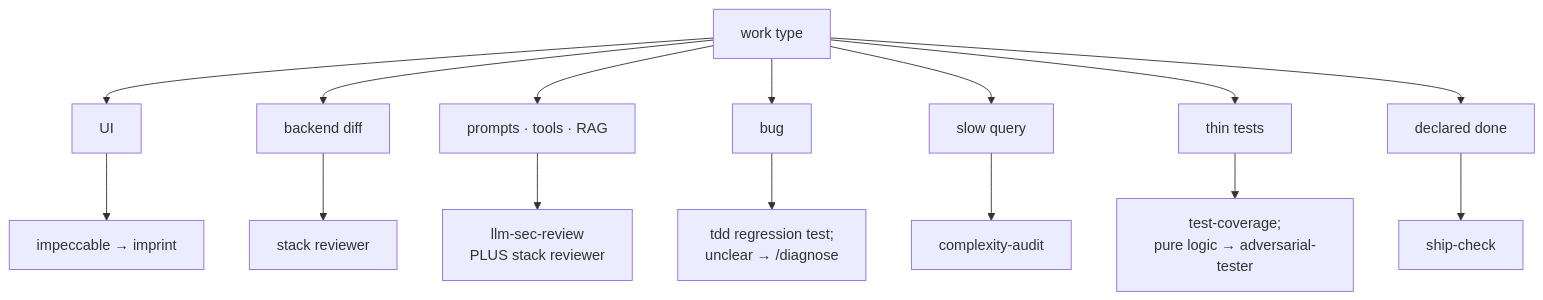
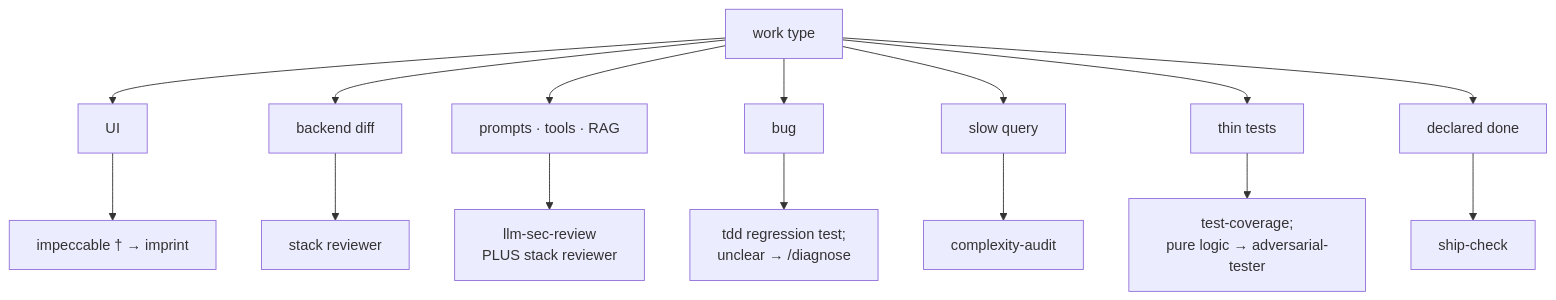
Before and after one commit to ozanozcan/ai-wow: the fourth of 11 diagrams in HOW-TO-USE.agent.md, drawn with Mermaid. The commit also changed other lines of this file and 107 other files, not shown here.

````diff
--- a/HOW-TO-USE.agent.md
+++ b/HOW-TO-USE.agent.md
@@ -152,11 +156,11 @@
 ```mermaid
 flowchart TD
   W["work type"]
-  W --> U["UI"] --> U1["impeccable → imprint"]
+  W --> U["UI"] --> U1["impeccable † → imprint"]
   W --> BE["backend diff"] --> BE1["stack reviewer"]
   W --> LLM["prompts · tools · RAG"] --> LLM1["llm-sec-review<br/>PLUS stack reviewer"]
   W --> BUG["bug"] --> BUG1["tdd regression test;<br/>unclear → /diagnose"]
   W --> PERF["slow query"] --> PERF1["complexity-audit"]
   W --> THIN["thin tests"] --> THIN1["test-coverage;<br/>pure logic → adversarial-tester"]
   W --> DONE["declared done"] --> DONE1["ship-check"]
 ```
````
